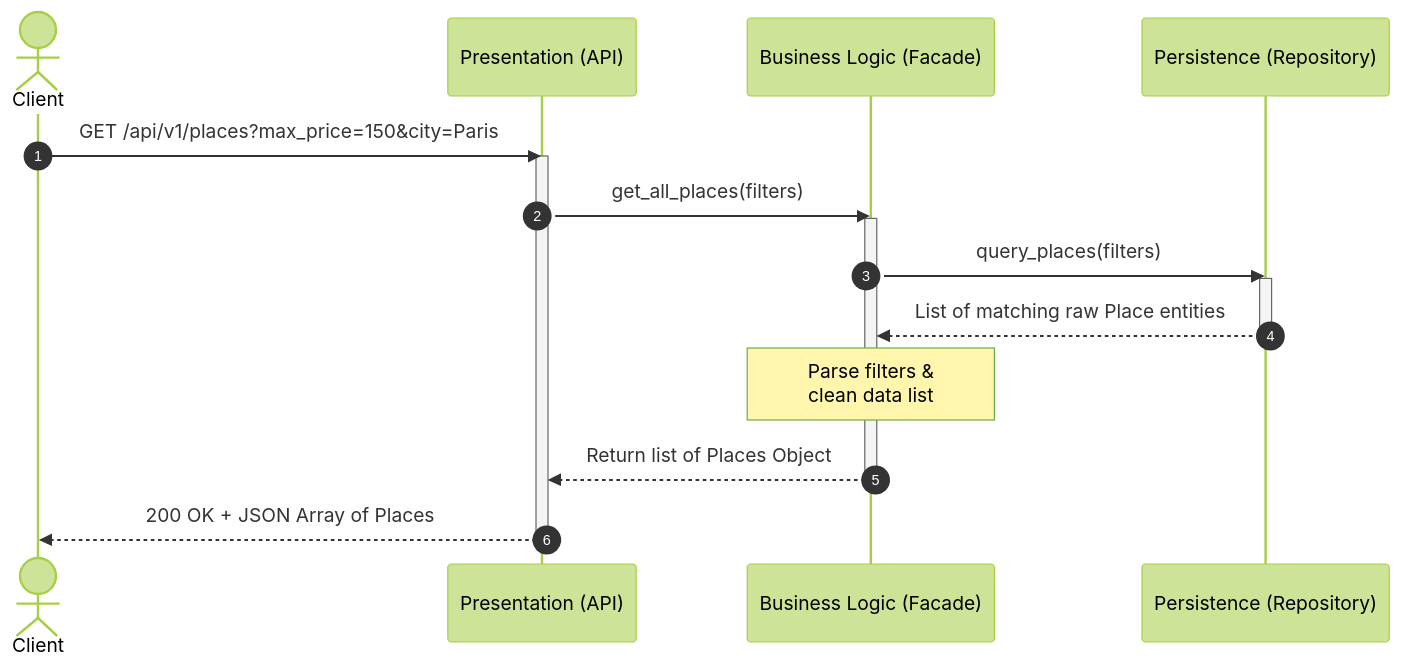
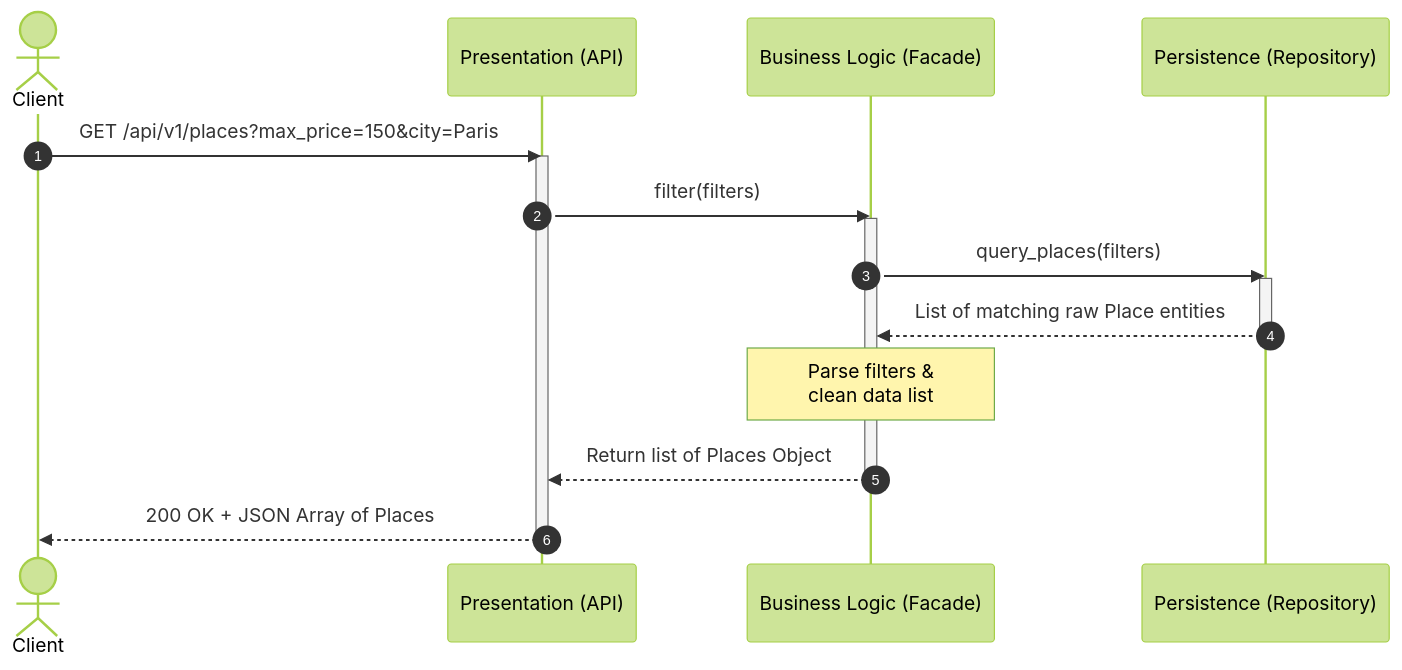
The diagram in part1/sequence_diagrams/fetching_a_list_of_places.md (brdga4/holbertonschool-hbnb), drawn with Mermaid (forest theme) before and after one commit.

````diff
--- a/part1/sequence_diagrams/fetching_a_list_of_places.md
+++ b/part1/sequence_diagrams/fetching_a_list_of_places.md
@@ -1,28 +1,28 @@
 ```mermaid
 sequenceDiagram
     actor Client
     participant API as Presentation (API)
     participant Facade as Business Logic (Facade)
     participant Repo as Persistence (Repository)
 
     autonumber
 
     Client->>API: GET /api/v1/places?max_price=150&city=Paris
     activate API
 
-    API->>Facade: get_all_places(filters)
+    API->>Facade: filter(filters)
     activate Facade
 
     Facade->>Repo: query_places(filters)
     activate Repo
     Repo-->>Facade: List of matching raw Place entities
     deactivate Repo
 
     Note over Facade: Parse filters &<br/>clean data list
 
     Facade-->>API: Return list of Places Object
     deactivate Facade
 
     API-->>Client: 200 OK + JSON Array of Places
     deactivate API
 ```
````
